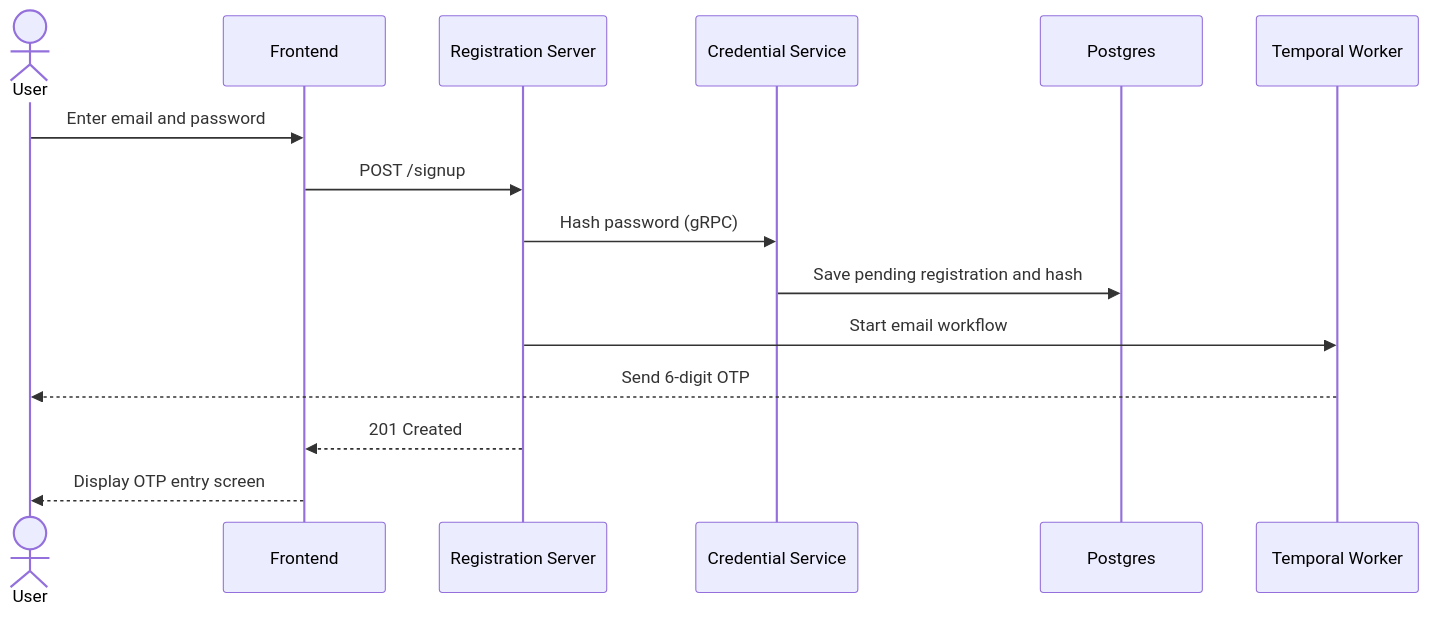
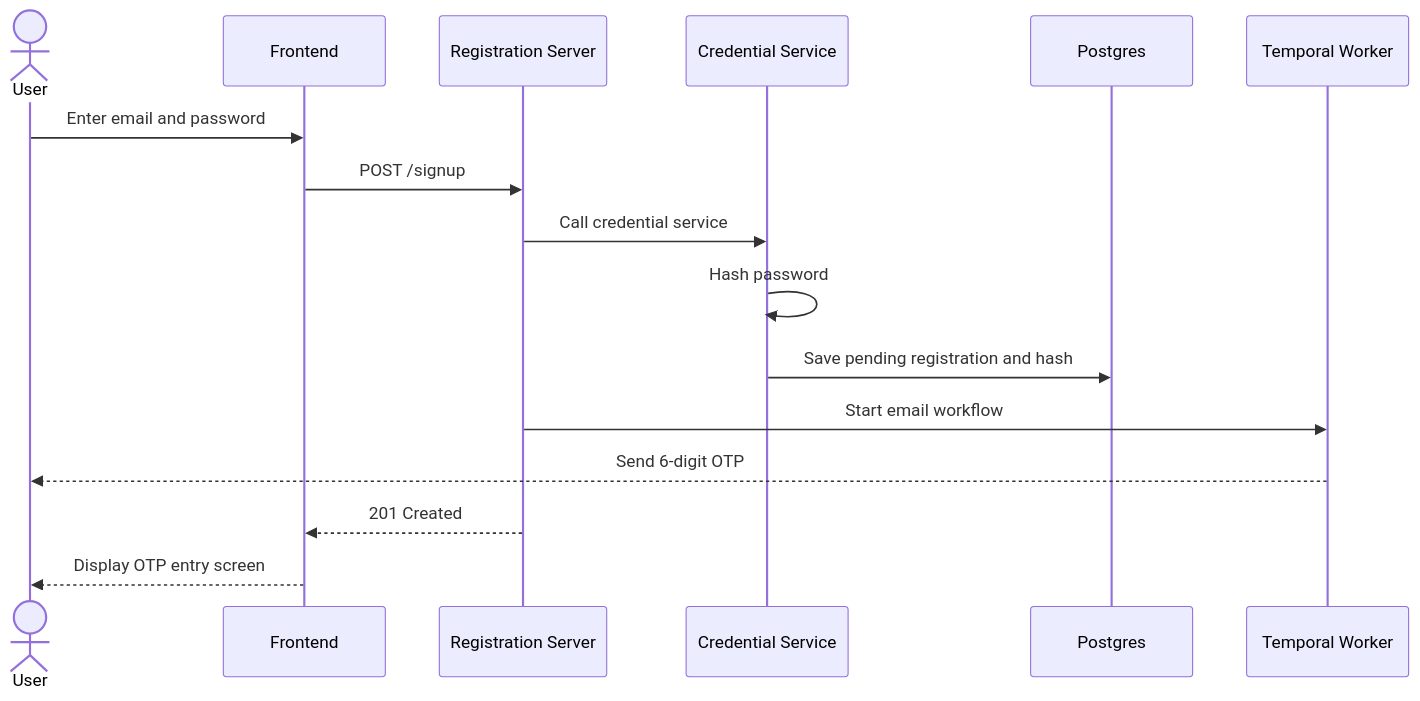
One commit to phucchau050303/simple-server changed the second of 6 diagrams in specs.md. Above: the diagram before and after it, drawn with Mermaid. The commit also changed 3 other files, not shown here.

Commit message:
feat: Add comments and logic preventing blank data in signup flow

````diff
--- a/specs.md
+++ b/specs.md
@@ -72,18 +72,19 @@
 ```mermaid
 sequenceDiagram
     actor User
     participant FE as Frontend
     participant RS as Registration Server
     participant CS as Credential Service
     participant DB as Postgres
     participant TW as Temporal Worker
 
     User->>FE: Enter email and password
     FE->>RS: POST /signup
-    RS->>CS: Hash password (gRPC)
+    RS->>CS: Call credential service
+    CS->>CS: Hash password
     CS->>DB: Save pending registration and hash
     RS->>TW: Start email workflow
     TW-->>User: Send 6-digit OTP
     RS-->>FE: 201 Created
     FE-->>User: Display OTP entry screen
 ```
````
